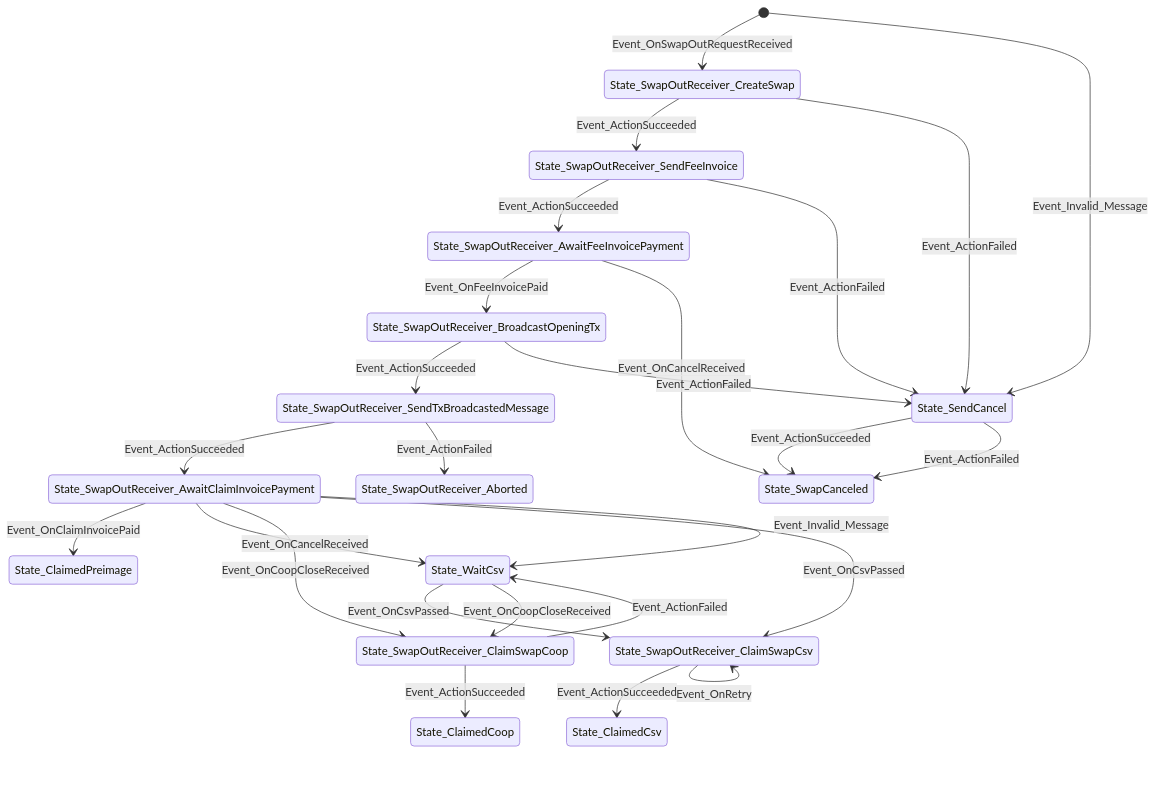
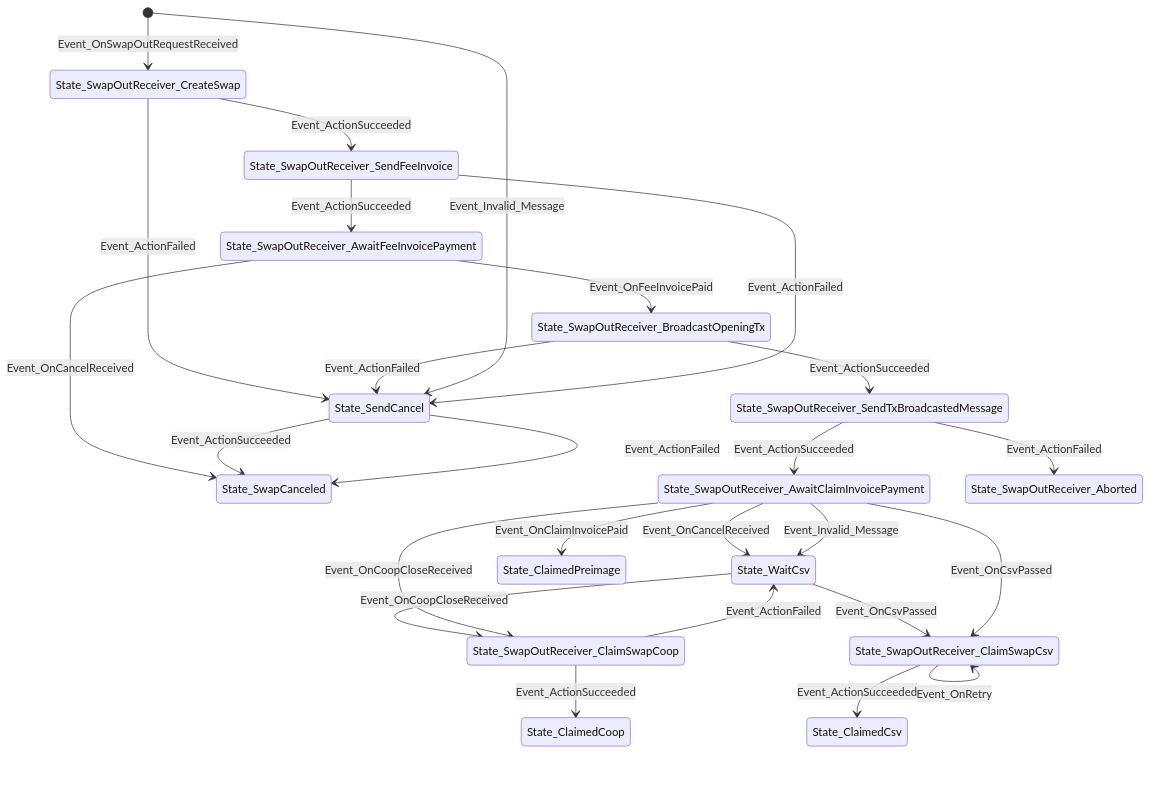
The diagram in docs/mmd/swap-out-receiver-states.md (ElementsProject/peerswap), drawn with Mermaid before and after one commit. The commit also changed other lines of this file and 19 other files, not shown here.

````diff
--- a/docs/mmd/swap-out-receiver-states.md
+++ b/docs/mmd/swap-out-receiver-states.md
@@ -1,42 +1,42 @@
 ```mermaid
 stateDiagram-v2
+State_ClaimedCoop
+State_SwapOutReceiver_AwaitFeeInvoicePayment
+State_SwapOutReceiver_AwaitFeeInvoicePayment --> State_SwapOutReceiver_BroadcastOpeningTx: Event_OnFeeInvoicePaid
+State_SwapOutReceiver_AwaitFeeInvoicePayment --> State_SwapCanceled: Event_OnCancelReceived
+State_WaitCsv
+State_WaitCsv --> State_SwapOutReceiver_ClaimSwapCsv: Event_OnCsvPassed
+State_WaitCsv --> State_SwapOutReceiver_ClaimSwapCoop: Event_OnCoopCloseReceived
+State_ClaimedPreimage
+State_SwapCanceled
+State_SwapOutReceiver_CreateSwap
+State_SwapOutReceiver_CreateSwap --> State_SwapOutReceiver_SendFeeInvoice: Event_ActionSucceeded
+State_SwapOutReceiver_CreateSwap --> State_SendCancel: Event_ActionFailed
 State_SwapOutReceiver_BroadcastOpeningTx
 State_SwapOutReceiver_BroadcastOpeningTx --> State_SwapOutReceiver_SendTxBroadcastedMessage: Event_ActionSucceeded
 State_SwapOutReceiver_BroadcastOpeningTx --> State_SendCancel: Event_ActionFailed
-State_WaitCsv
-State_WaitCsv --> State_SwapOutReceiver_ClaimSwapCsv: Event_OnCsvPassed
-State_WaitCsv --> State_SwapOutReceiver_ClaimSwapCoop: Event_OnCoopCloseReceived
+State_SwapOutReceiver_ClaimSwapCoop
+State_SwapOutReceiver_ClaimSwapCoop --> State_WaitCsv: Event_ActionFailed
+State_SwapOutReceiver_ClaimSwapCoop --> State_ClaimedCoop: Event_ActionSucceeded
 State_SendCancel
 State_SendCancel --> State_SwapCanceled: Event_ActionSucceeded
 State_SendCancel --> State_SwapCanceled: Event_ActionFailed
-State_ClaimedCsv
-State_SwapOutReceiver_SendFeeInvoice
-State_SwapOutReceiver_SendFeeInvoice --> State_SwapOutReceiver_AwaitFeeInvoicePayment: Event_ActionSucceeded
-State_SwapOutReceiver_SendFeeInvoice --> State_SendCancel: Event_ActionFailed
-State_SwapOutReceiver_AwaitFeeInvoicePayment
-State_SwapOutReceiver_AwaitFeeInvoicePayment --> State_SwapOutReceiver_BroadcastOpeningTx: Event_OnFeeInvoicePaid
-State_SwapOutReceiver_AwaitFeeInvoicePayment --> State_SwapCanceled: Event_OnCancelReceived
-State_SwapCanceled
-State_ClaimedCoop
 [*] --> State_SwapOutReceiver_CreateSwap: Event_OnSwapOutRequestReceived
 [*] --> State_SendCancel: Event_Invalid_Message
+State_SwapOutReceiver_SendTxBroadcastedMessage
+State_SwapOutReceiver_SendTxBroadcastedMessage --> State_SwapOutReceiver_AwaitClaimInvoicePayment: Event_ActionSucceeded
+State_SwapOutReceiver_SendTxBroadcastedMessage --> State_SwapOutReceiver_Aborted: Event_ActionFailed
 State_SwapOutReceiver_AwaitClaimInvoicePayment
 State_SwapOutReceiver_AwaitClaimInvoicePayment --> State_ClaimedPreimage: Event_OnClaimInvoicePaid
 State_SwapOutReceiver_AwaitClaimInvoicePayment --> State_WaitCsv: Event_OnCancelReceived
 State_SwapOutReceiver_AwaitClaimInvoicePayment --> State_SwapOutReceiver_ClaimSwapCoop: Event_OnCoopCloseReceived
 State_SwapOutReceiver_AwaitClaimInvoicePayment --> State_SwapOutReceiver_ClaimSwapCsv: Event_OnCsvPassed
 State_SwapOutReceiver_AwaitClaimInvoicePayment --> State_WaitCsv: Event_Invalid_Message
-State_SwapOutReceiver_SendTxBroadcastedMessage
-State_SwapOutReceiver_SendTxBroadcastedMessage --> State_SwapOutReceiver_AwaitClaimInvoicePayment: Event_ActionSucceeded
-State_SwapOutReceiver_SendTxBroadcastedMessage --> State_SwapOutReceiver_Aborted: Event_ActionFailed
+State_SwapOutReceiver_SendFeeInvoice
+State_SwapOutReceiver_SendFeeInvoice --> State_SendCancel: Event_ActionFailed
+State_SwapOutReceiver_SendFeeInvoice --> State_SwapOutReceiver_AwaitFeeInvoicePayment: Event_ActionSucceeded
 State_SwapOutReceiver_ClaimSwapCsv
 State_SwapOutReceiver_ClaimSwapCsv --> State_ClaimedCsv: Event_ActionSucceeded
 State_SwapOutReceiver_ClaimSwapCsv --> State_SwapOutReceiver_ClaimSwapCsv: Event_OnRetry
-State_ClaimedPreimage
-State_SwapOutReceiver_CreateSwap
-State_SwapOutReceiver_CreateSwap --> State_SwapOutReceiver_SendFeeInvoice: Event_ActionSucceeded
-State_SwapOutReceiver_CreateSwap --> State_SendCancel: Event_ActionFailed
-State_SwapOutReceiver_ClaimSwapCoop
-State_SwapOutReceiver_ClaimSwapCoop --> State_ClaimedCoop: Event_ActionSucceeded
-State_SwapOutReceiver_ClaimSwapCoop --> State_WaitCsv: Event_ActionFailed
+State_ClaimedCsv
 ```
````
